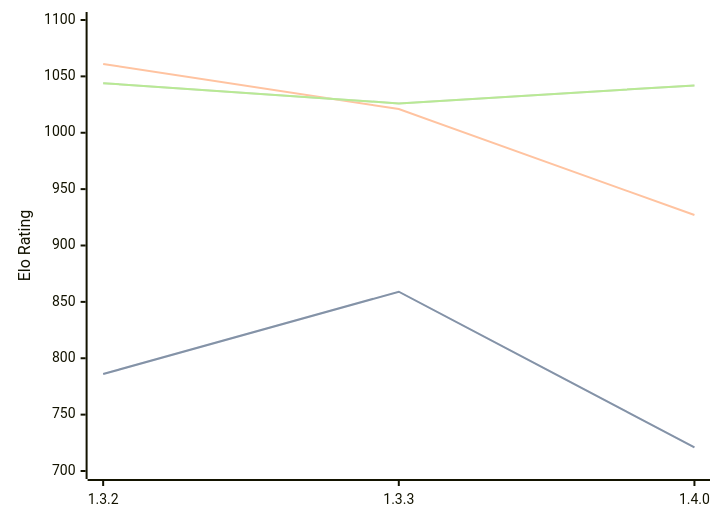
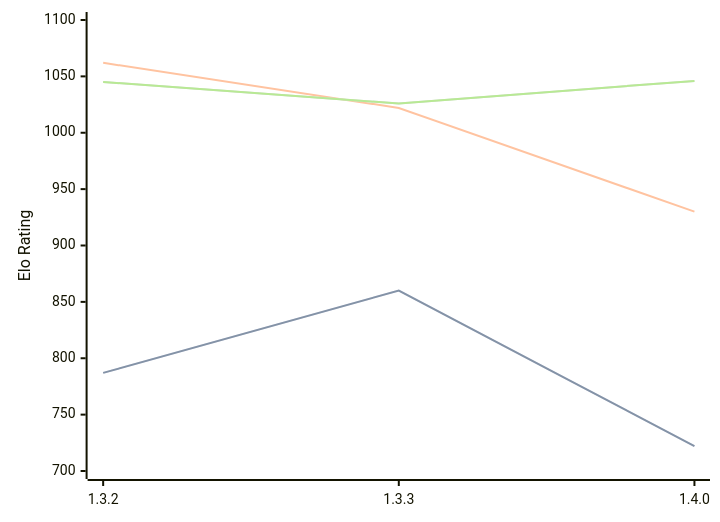
Before and after one commit to computer-chess-index/cci: the diagram in engines/Whitespine.md, drawn with Mermaid. The commit also changed other lines of this file, not shown here.

Commit message:
Update CCI Ratings (ELO VLTC) - 2026-08-26

````diff
--- a/engines/Whitespine.md
+++ b/engines/Whitespine.md
@@ -33,11 +33,11 @@
 ```mermaid
 %%{init: {"theme":"base","themeVariables":{"seriesColors:['#a3a3a3','#222221','#faa371']}}}%%
 xychart-beta
   x-axis ["1.3.2", "1.3.3", "1.4.0"]
   y-axis "Elo Rating" 700 --> 1100
-  line "STC (8.0+0.08s)" [786, 859, 721]
-  line "STC (8.0+0.08s)" [786, 859, 721]
-  line "LTC (60.0+0.60s)" [1061, 1021, 927]
-  line "VLTC (2m24s+1.12s)" [1044, 1026, 1042]
-  line "VLTC (2m24s+1.12s)" [1044, 1026, 1042]
+  line "STC (8.0+0.08s)" [787, 860, 722]
+  line "STC (8.0+0.08s)" [787, 860, 722]
+  line "LTC (60.0+0.60s)" [1062, 1022, 930]
+  line "VLTC (2m24s+1.12s)" [1045, 1026, 1046]
+  line "VLTC (2m24s+1.12s)" [1045, 1026, 1046]
 ```
````
